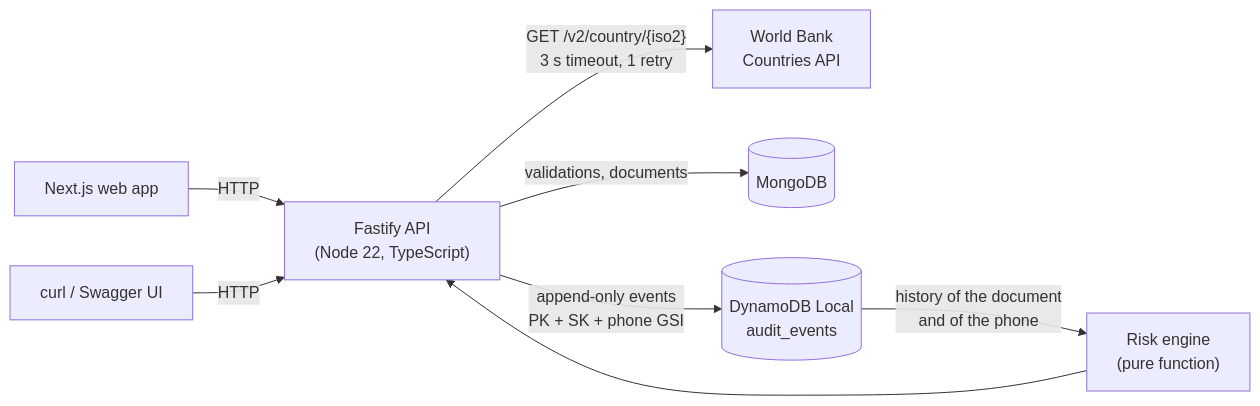
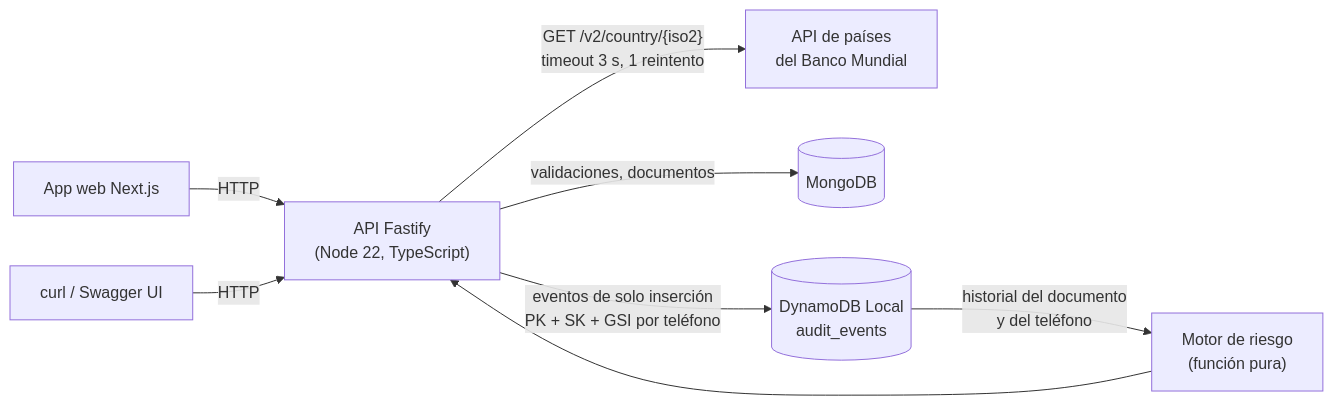
The first of 4 diagrams in README.md (juandda0/auco-identity-validation-service), drawn with Mermaid before and after one commit. The commit also changed other lines of this file and 1 other file, not shown here.

````diff
--- a/README.md
+++ b/README.md
@@ -55,10 +57,10 @@
 ```mermaid
 flowchart LR
-  WEB["Next.js web app"] -->|HTTP| API["Fastify API<br/>(Node 22, TypeScript)"]
+  WEB["App web Next.js"] -->|HTTP| API["API Fastify<br/>(Node 22, TypeScript)"]
   CURL["curl / Swagger UI"] -->|HTTP| API
-  API -->|"GET /v2/country/{iso2}<br/>3 s timeout, 1 retry"| WB["World Bank<br/>Countries API"]
-  API -->|"validations, documents"| MONGO[("MongoDB")]
-  API -->|"append-only events<br/>PK + SK + phone GSI"| DDB[("DynamoDB Local<br/>audit_events")]
-  DDB -->|"history of the document<br/>and of the phone"| RISK["Risk engine<br/>(pure function)"]
+  API -->|"GET /v2/country/{iso2}<br/>timeout 3 s, 1 reintento"| WB["API de países<br/>del Banco Mundial"]
+  API -->|"validaciones, documentos"| MONGO[("MongoDB")]
+  API -->|"eventos de solo inserción<br/>PK + SK + GSI por teléfono"| DDB[("DynamoDB Local<br/>audit_events")]
+  DDB -->|"historial del documento<br/>y del teléfono"| RISK["Motor de riesgo<br/>(función pura)"]
   RISK --> API
 ```
````
